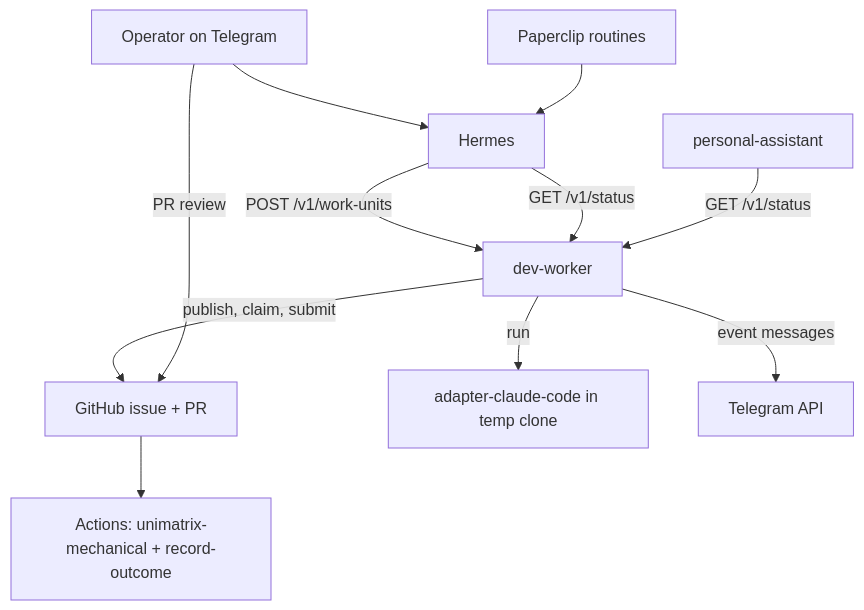
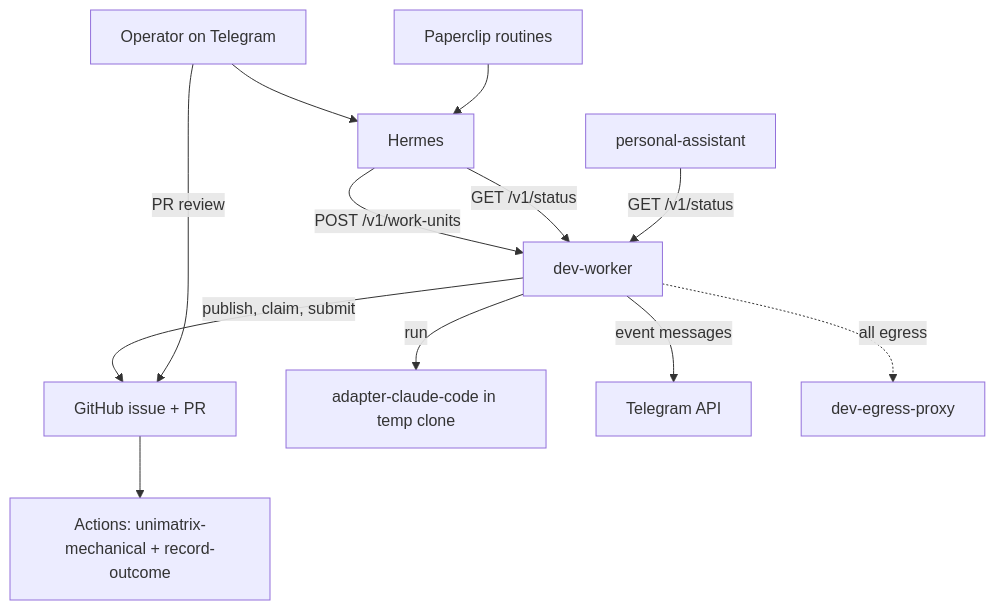
One commit to xbonell/helm changed the diagram in docs/superpowers/specs/2026-11-13-unimatrix-dev-lane-design.md. Above: the diagram before and after it, drawn with Mermaid. The commit also changed other lines of this file, not shown here.

First line of the commit message:
docs: address review findings in Unimatrix dev-lane spec

````diff
--- a/docs/superpowers/specs/2026-11-13-unimatrix-dev-lane-design.md
+++ b/docs/superpowers/specs/2026-11-13-unimatrix-dev-lane-design.md
@@ -53,13 +54,14 @@
 ```mermaid
 flowchart TD
     U[Operator on Telegram] --> H[Hermes]
     P[Paperclip routines] --> H
     H -->|POST /v1/work-units| W[dev-worker]
     H -->|GET /v1/status| W
     PA[personal-assistant] -->|GET /v1/status| W
     W -->|publish, claim, submit| GH[GitHub issue + PR]
     W -->|run| A[adapter-claude-code in temp clone]
     GH --> CI[Actions: unimatrix-mechanical + record-outcome]
     U -->|PR review| GH
     W -->|event messages| TG[Telegram API]
+    W -.->|all egress| X[dev-egress-proxy]
 ```
````
